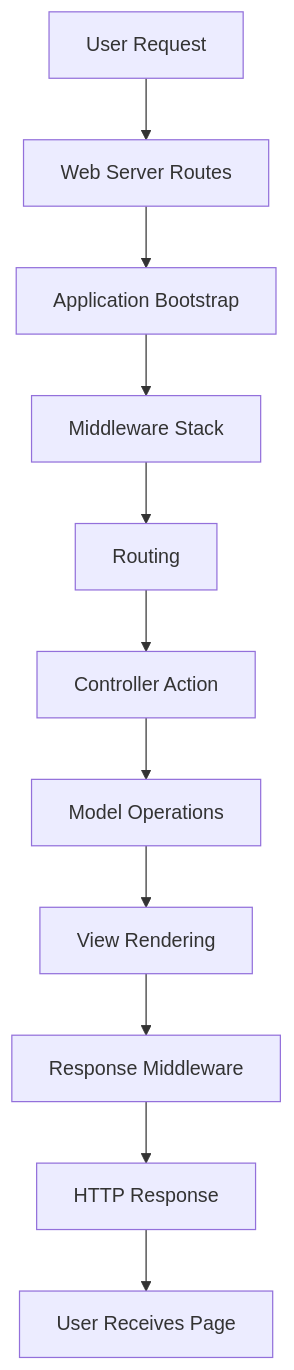
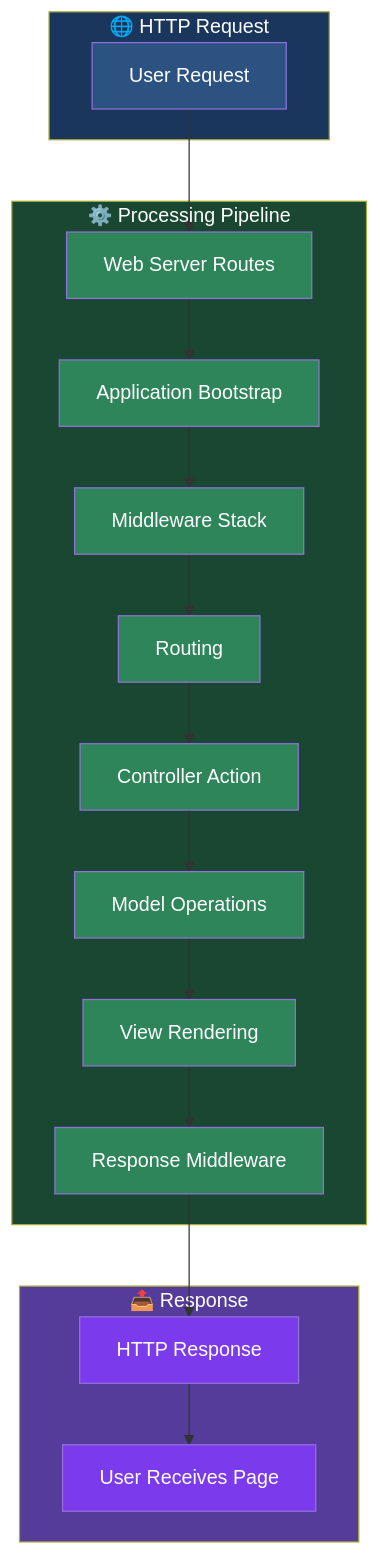
The fifth of 6 diagrams in docs/01-cakephp-at-a-glance.md (abhayraj-ops/Cake-Learn), drawn with Mermaid before and after one commit. The commit also changed other lines of this file, not shown here.

First line of the commit message:
Improve Mermaid diagrams in 01-cakephp-at-a-glance.md with dark styling

````diff
--- a/docs/01-cakephp-at-a-glance.md
+++ b/docs/01-cakephp-at-a-glance.md
@@ -221,13 +269,39 @@
 ```mermaid
 flowchart TD
-    A[User Request] --> B[Web Server Routes]
-    B --> C[Application Bootstrap]
-    C --> D[Middleware Stack]
-    D --> E[Routing]
-    E --> F[Controller Action]
-    F --> G[Model Operations]
-    G --> H[View Rendering]
-    H --> I[Response Middleware]
-    I --> J[HTTP Response]
-    J --> K[User Receives Page]
+    subgraph Request["🌐 HTTP Request"]
+        A["User Request"]
+    end
+
+    subgraph Processing["⚙️ Processing Pipeline"]
+        B["Web Server Routes"]
+        C["Application Bootstrap"]
+        D["Middleware Stack"]
+        E["Routing"]
+        F["Controller Action"]
+        G["Model Operations"]
+        H["View Rendering"]
+        I["Response Middleware"]
+    end
+
+    subgraph Response["📤 Response"]
+        J["HTTP Response"]
+        K["User Receives Page"]
+    end
+
+    A --> B --> C --> D --> E --> F --> G --> H --> I --> J --> K
+
+    style Request fill:#1a365d,color:#fff
+    style Processing fill:#1a4731,color:#fff
+    style Response fill:#553c9a,color:#fff
+    style A fill:#2c5282,color:#fff
+    style B fill:#2f855a,color:#fff
+    style C fill:#2f855a,color:#fff
+    style D fill:#2f855a,color:#fff
+    style E fill:#2f855a,color:#fff
+    style F fill:#2f855a,color:#fff
+    style G fill:#2f855a,color:#fff
+    style H fill:#2f855a,color:#fff
+    style I fill:#2f855a,color:#fff
+    style J fill:#7c3aed,color:#fff
+    style K fill:#7c3aed,color:#fff
 ```
````
